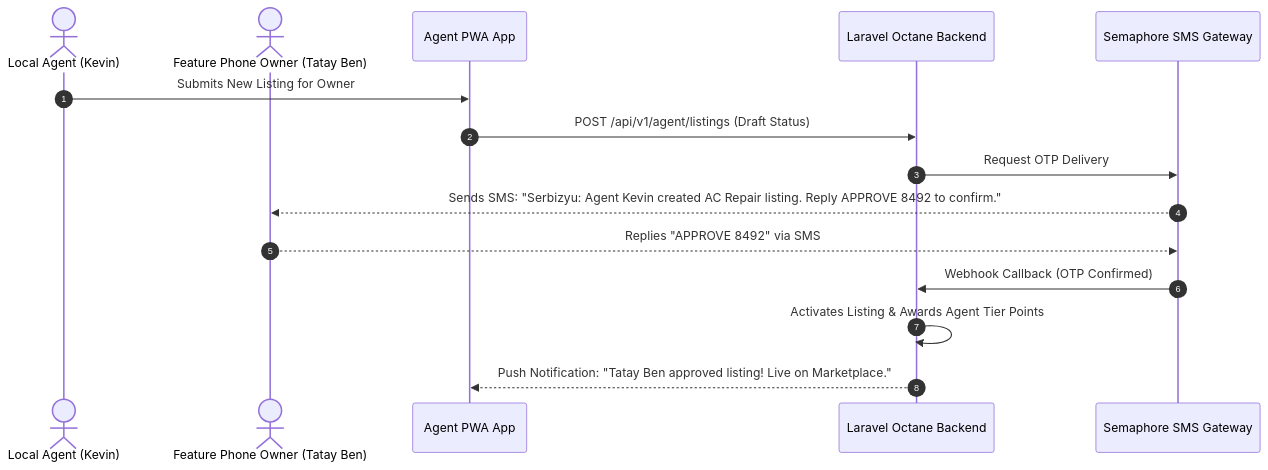
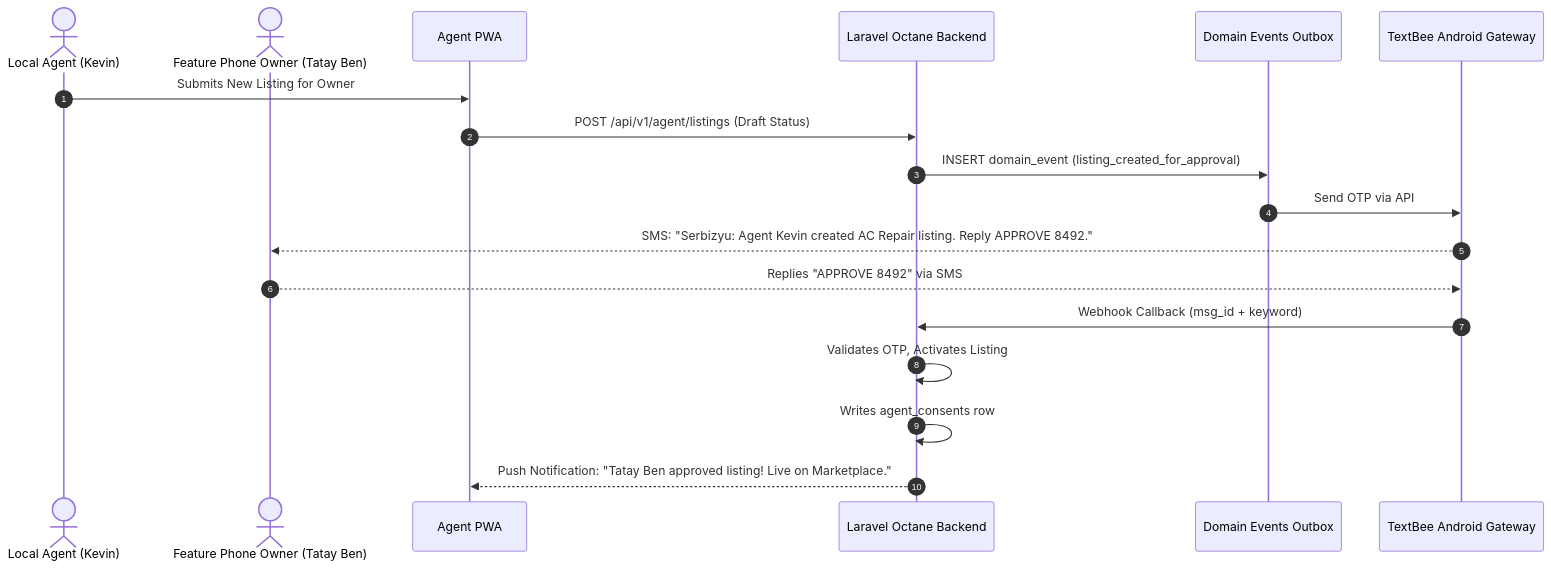
The third of 3 diagrams in _bmad-output/planning-artifacts/architecture.md (daviddatuX25/Serbizyu-2.0), drawn with Mermaid before and after one commit. The commit also changed other lines of this file and 3 other files, not shown here.

First line of the commit message:
Phase 3 reconciliation: ADR catalog v4.1.0 (25 ADRs), architecture.md v3.2.0 (reconciled stack), readiness report v4.0.0

````diff
--- a/_bmad-output/planning-artifacts/architecture.md
+++ b/_bmad-output/planning-artifacts/architecture.md
@@ -234,18 +148,21 @@
 ```mermaid
 sequenceDiagram
     autonumber
     actor Agent as Local Agent (Kevin)
     actor Owner as Feature Phone Owner (Tatay Ben)
-    participant App as Agent PWA App
+    participant App as Agent PWA
     participant Cloud as Laravel Octane Backend
-    participant SMS as Semaphore SMS Gateway
+    participant Outbox as Domain Events Outbox
+    participant TextBee as TextBee Android Gateway
 
     Agent->>App: Submits New Listing for Owner
     App->>Cloud: POST /api/v1/agent/listings (Draft Status)
-    Cloud->>SMS: Request OTP Delivery
-    SMS-->>Owner: Sends SMS: "Serbizyu: Agent Kevin created AC Repair listing. Reply APPROVE 8492 to confirm."
-    Owner-->>SMS: Replies "APPROVE 8492" via SMS
-    SMS->>Cloud: Webhook Callback (OTP Confirmed)
-    Cloud->>Cloud: Activates Listing & Awards Agent Tier Points
+    Cloud->>Outbox: INSERT domain_event (listing_created_for_approval)
+    Outbox->>TextBee: Send OTP via API
+    TextBee-->>Owner: SMS: "Serbizyu: Agent Kevin created AC Repair listing. Reply APPROVE 8492."
+    Owner-->>TextBee: Replies "APPROVE 8492" via SMS
+    TextBee->>Cloud: Webhook Callback (msg_id + keyword)
+    Cloud->>Cloud: Validates OTP, Activates Listing
+    Cloud->>Cloud: Writes agent_consents row
     Cloud-->>App: Push Notification: "Tatay Ben approved listing! Live on Marketplace."
 ```
````
